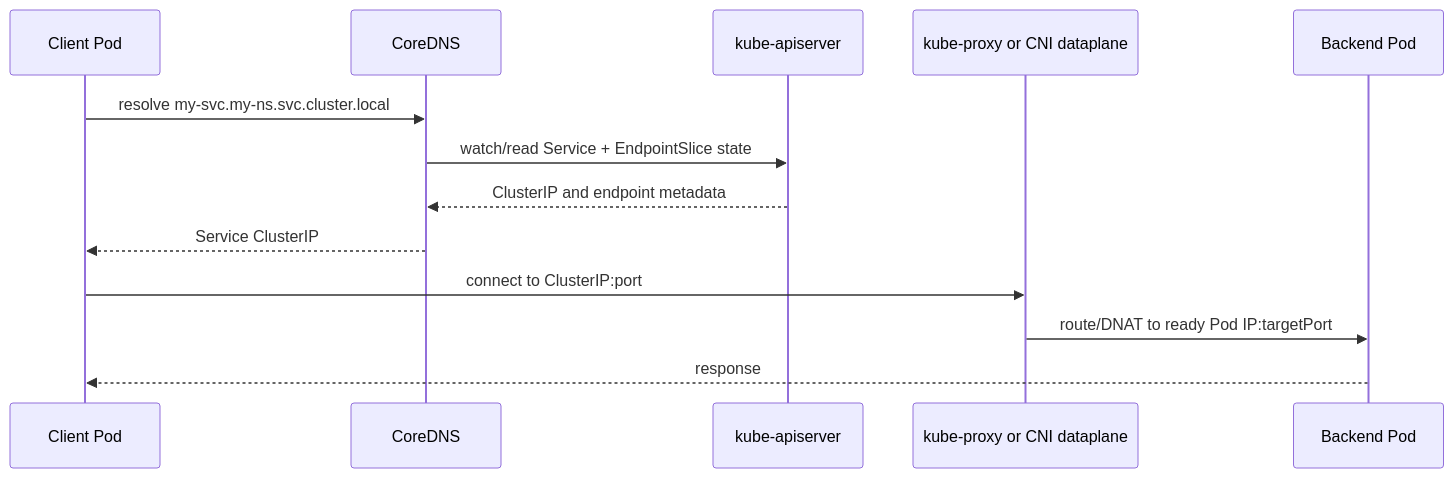
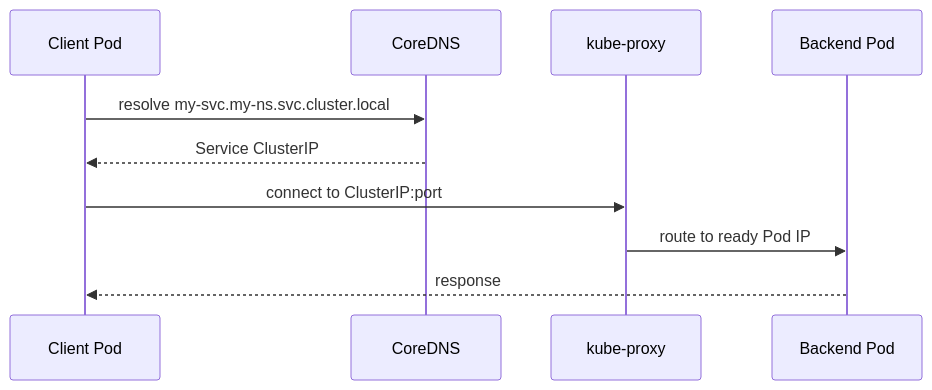
Before and after one commit to rgb-vgx/Open-Knowledge: the fifth of 5 diagrams in DevOps/Docker K8s/Section 01 Getting Started/012. Kubernetes Architecture Deep Dive.md, drawn with Mermaid. The commit also changed other lines of this file and 7 other files, not shown here.

````diff
--- a/DevOps/Docker K8s/Section 01 Getting Started/012. Kubernetes Architecture Deep Dive.md
+++ b/DevOps/Docker K8s/Section 01 Getting Started/012. Kubernetes Architecture Deep Dive.md
@@ -181,16 +159,12 @@
 ```mermaid
 sequenceDiagram
     participant App as Client Pod
     participant DNS as CoreDNS
-    participant API as kube-apiserver
-    participant KP as kube-proxy or CNI dataplane
+    participant KP as kube-proxy
     participant BE as Backend Pod
-
     App->>DNS: resolve my-svc.my-ns.svc.cluster.local
-    DNS->>API: watch/read Service + EndpointSlice state
-    API-->>DNS: ClusterIP and endpoint metadata
     DNS-->>App: Service ClusterIP
     App->>KP: connect to ClusterIP:port
-    KP->>BE: route/DNAT to ready Pod IP:targetPort
+    KP->>BE: route to ready Pod IP
     BE-->>App: response
 ```
````
